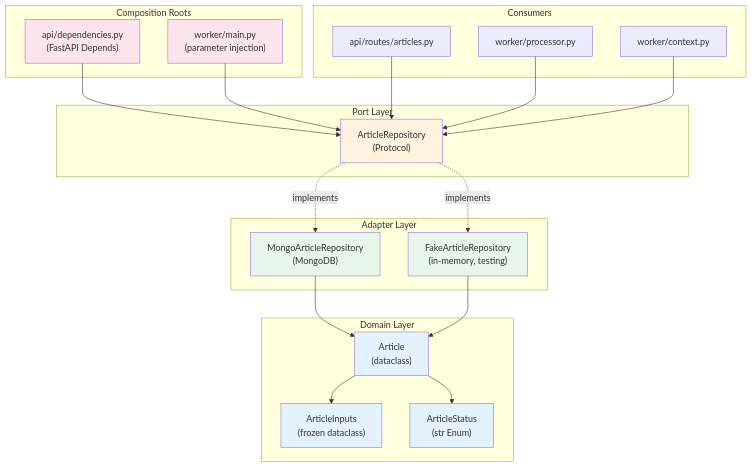
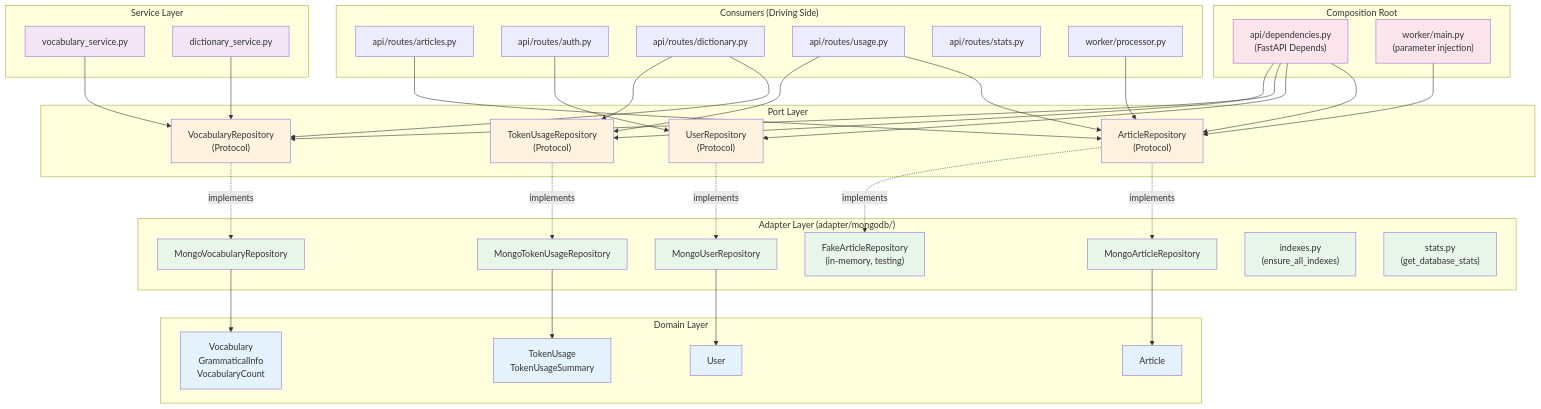
One commit to seung-gu/opad changed the fourth of 8 diagrams in docs/ARCHITECTURE.md. Above: the diagram before and after it, drawn with Mermaid. The commit also changed other lines of this file and 54 other files, not shown here.

First line of the commit message:
feat: Complete hexagonal architecture migration — delete utils/mongodb.py

````diff
--- a/docs/ARCHITECTURE.md
+++ b/docs/ARCHITECTURE.md
@@ -284,53 +289,93 @@
 ```mermaid
 graph TB
-    subgraph "Composition Roots"
+    subgraph "Composition Root"
         APIRoot["api/dependencies.py<br/>(FastAPI Depends)"]
         WorkerRoot["worker/main.py<br/>(parameter injection)"]
     end
 
+    subgraph "Service Layer"
+        VocabService["vocabulary_service.py"]
+        DictService["dictionary_service.py"]
+    end
+
     subgraph "Domain Layer"
-        Article["Article<br/>(dataclass)"]
-        ArticleInputs["ArticleInputs<br/>(frozen dataclass)"]
-        ArticleStatus["ArticleStatus<br/>(str Enum)"]
+        Article["Article"]
+        User["User"]
+        Vocabulary["Vocabulary<br/>GrammaticalInfo<br/>VocabularyCount"]
+        TokenUsage["TokenUsage<br/>TokenUsageSummary"]
     end
 
     subgraph "Port Layer"
-        RepoProtocol["ArticleRepository<br/>(Protocol)"]
+        ArticlePort["ArticleRepository<br/>(Protocol)"]
+        UserPort["UserRepository<br/>(Protocol)"]
+        VocabPort["VocabularyRepository<br/>(Protocol)"]
+        TokenPort["TokenUsageRepository<br/>(Protocol)"]
     end
 
-    subgraph "Adapter Layer"
-        MongoAdapter["MongoArticleRepository<br/>(MongoDB)"]
-        FakeAdapter["FakeArticleRepository<br/>(in-memory, testing)"]
+    subgraph "Adapter Layer (adapter/mongodb/)"
+        MongoArticle["MongoArticleRepository"]
+        MongoUser["MongoUserRepository"]
+        MongoVocab["MongoVocabularyRepository"]
+        MongoToken["MongoTokenUsageRepository"]
+        FakeArticle["FakeArticleRepository<br/>(in-memory, testing)"]
+        Indexes["indexes.py<br/>(ensure_all_indexes)"]
+        Stats["stats.py<br/>(get_database_stats)"]
     end
 
-    subgraph "Consumers"
+    subgraph "Consumers (Driving Side)"
         ArticlesRoute["api/routes/articles.py"]
+        AuthRoute["api/routes/auth.py"]
+        DictRoute["api/routes/dictionary.py"]
+        UsageRoute["api/routes/usage.py"]
+        StatsRoute["api/routes/stats.py"]
         Processor["worker/processor.py"]
-        Context["worker/context.py"]
     end
 
-    APIRoot --> RepoProtocol
-    WorkerRoot --> RepoProtocol
+    APIRoot --> ArticlePort
+    APIRoot --> UserPort
+    APIRoot --> VocabPort
+    APIRoot --> TokenPort
+    WorkerRoot --> ArticlePort
 
-    ArticlesRoute --> RepoProtocol
-    Processor --> RepoProtocol
-    Context --> RepoProtocol
+    ArticlesRoute --> ArticlePort
+    AuthRoute --> UserPort
+    DictRoute --> VocabPort
+    DictRoute --> TokenPort
+    UsageRoute --> ArticlePort
+    UsageRoute --> TokenPort
+    Processor --> ArticlePort
 
-    RepoProtocol -.->|implements| MongoAdapter
-    RepoProtocol -.->|implements| FakeAdapter
+    VocabService --> VocabPort
+    DictService --> VocabPort
 
-    MongoAdapter --> Article
-    FakeAdapter --> Article
+    ArticlePort -.->|implements| MongoArticle
+    ArticlePort -.->|implements| FakeArticle
+    UserPort -.->|implements| MongoUser
+    VocabPort -.->|implements| MongoVocab
+    TokenPort -.->|implements| MongoToken
 
-    Article --> ArticleInputs
-    Article --> ArticleStatus
+    MongoArticle --> Article
+    MongoUser --> User
+    MongoVocab --> Vocabulary
+    MongoToken --> TokenUsage
 
     style Article fill:#e3f2fd
-    style ArticleInputs fill:#e3f2fd
-    style ArticleStatus fill:#e3f2fd
-    style RepoProtocol fill:#fff3e0
-    style MongoAdapter fill:#e8f5e9
-    style FakeAdapter fill:#e8f5e9
+    style User fill:#e3f2fd
+    style Vocabulary fill:#e3f2fd
+    style TokenUsage fill:#e3f2fd
+    style ArticlePort fill:#fff3e0
+    style UserPort fill:#fff3e0
+    style VocabPort fill:#fff3e0
+    style TokenPort fill:#fff3e0
+    style MongoArticle fill:#e8f5e9
+    style MongoUser fill:#e8f5e9
+    style MongoVocab fill:#e8f5e9
+    style MongoToken fill:#e8f5e9
+    style FakeArticle fill:#e8f5e9
+    style Indexes fill:#e8f5e9
+    style Stats fill:#e8f5e9
     style APIRoot fill:#fce4ec
     style WorkerRoot fill:#fce4ec
+    style VocabService fill:#f3e5f5
+    style DictService fill:#f3e5f5
 ```
````
